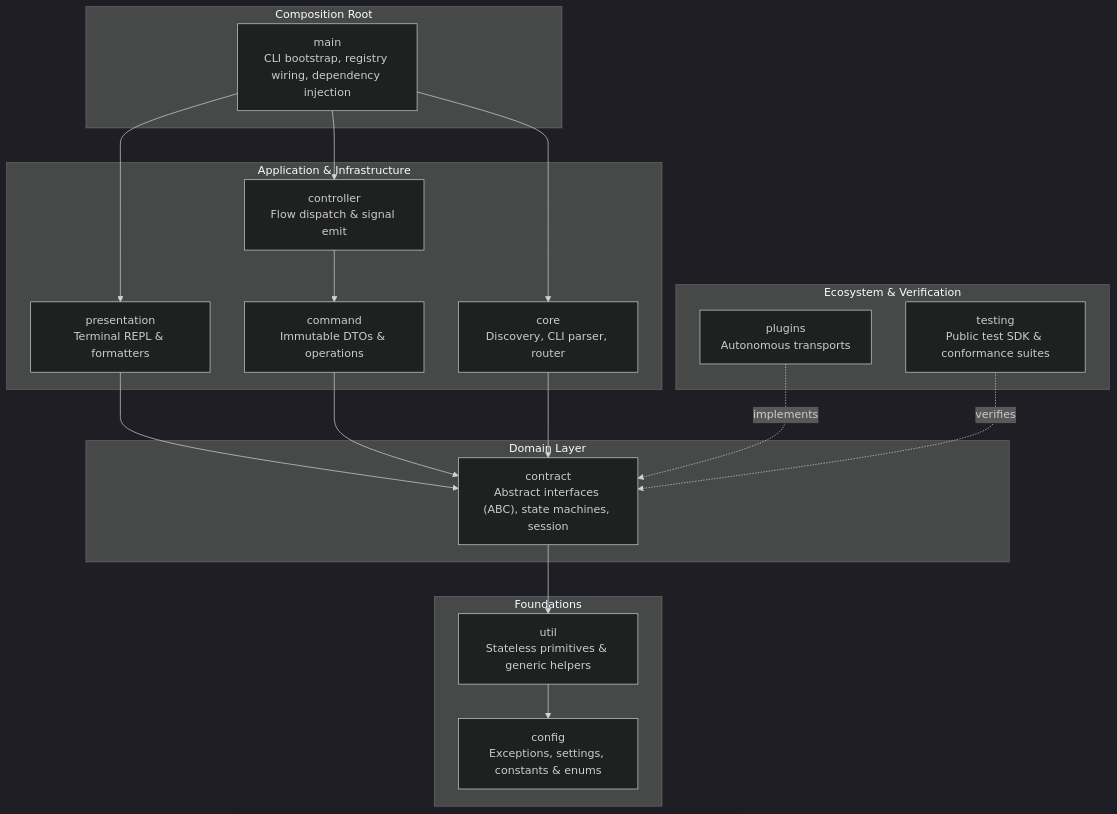
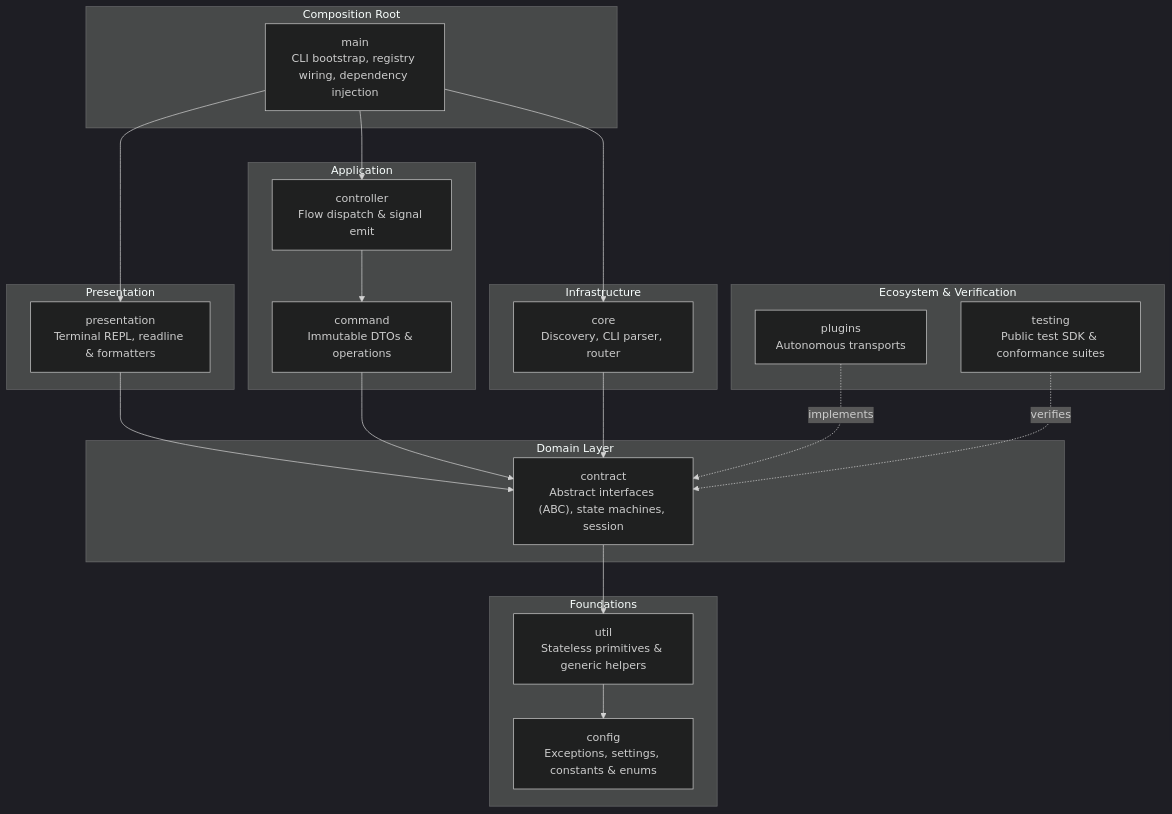
The diagram in CONTRIBUTING.md (othon-hugo/declusor), drawn with Mermaid (dark theme) before and after one commit. The commit also changed other lines of this file, not shown here.

````diff
--- a/CONTRIBUTING.md
+++ b/CONTRIBUTING.md
@@ -9,42 +9,48 @@
 ```mermaid
 flowchart TD
     subgraph CompositionRoot["Composition Root"]
         Main["main<br/>CLI bootstrap, registry wiring, dependency injection"]
     end
 
-    subgraph AppInfra["Application & Infrastructure"]
-        Presentation["presentation<br/>Terminal REPL & formatters"]
+    subgraph PresentationLayer["Presentation"]
+        Presentation["presentation<br/>Terminal REPL, readline & formatters"]
+    end
+
+    subgraph ApplicationLayer["Application"]
         Controller["controller<br/>Flow dispatch & signal emit"]
         Command["command<br/>Immutable DTOs & operations"]
+    end
+
+    subgraph InfrastructureLayer["Infrastructure"]
         Core["core<br/>Discovery, CLI parser, router"]
     end
 
     subgraph Domain["Domain Layer"]
         Contract["contract<br/>Abstract interfaces (ABC), state machines, session"]
     end
 
     subgraph Foundations["Foundations"]
         Util["util<br/>Stateless primitives & generic helpers"]
         Config["config<br/>Exceptions, settings, constants & enums"]
     end
 
     subgraph Ecosystem["Ecosystem & Verification"]
         Plugins["plugins<br/>Autonomous transports"]
         Testing["testing<br/>Public test SDK & conformance suites"]
     end
 
     Main --> Presentation
     Main --> Controller
     Main --> Core
 
     Presentation --> Contract
     Controller --> Command
     Command --> Contract
     Core --> Contract
 
     Contract --> Util
     Util --> Config
 
     Plugins -.->|implements| Contract
     Testing -.->|verifies| Contract
 ```
````
